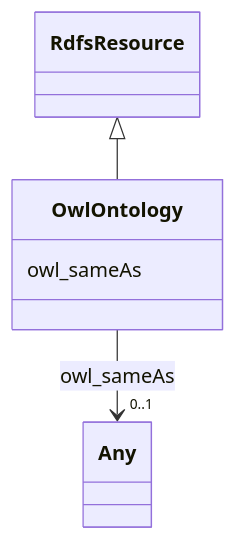
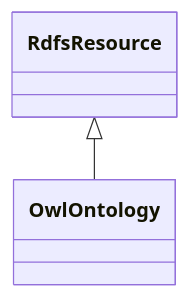
Before and after one commit to frink-okn/graph-descriptions: the diagram in fio-kg/classes/OwlOntology.md, drawn with Mermaid. The commit also changed other lines of this file and 447 other files, not shown here.

````diff
--- a/fio-kg/classes/OwlOntology.md
+++ b/fio-kg/classes/OwlOntology.md
@@ -23,18 +21,9 @@
 ```mermaid
  classDiagram
     class OwlOntology
     click OwlOntology href "../OwlOntology"
       RdfsResource <|-- OwlOntology
         click RdfsResource href "../RdfsResource"
       
-      OwlOntology : owl_sameAs
-        
-          
-    
-    
-    OwlOntology --> "0..1" Any : owl_sameAs
-    click Any href "../Any"
-
-        
       
 ```
````
